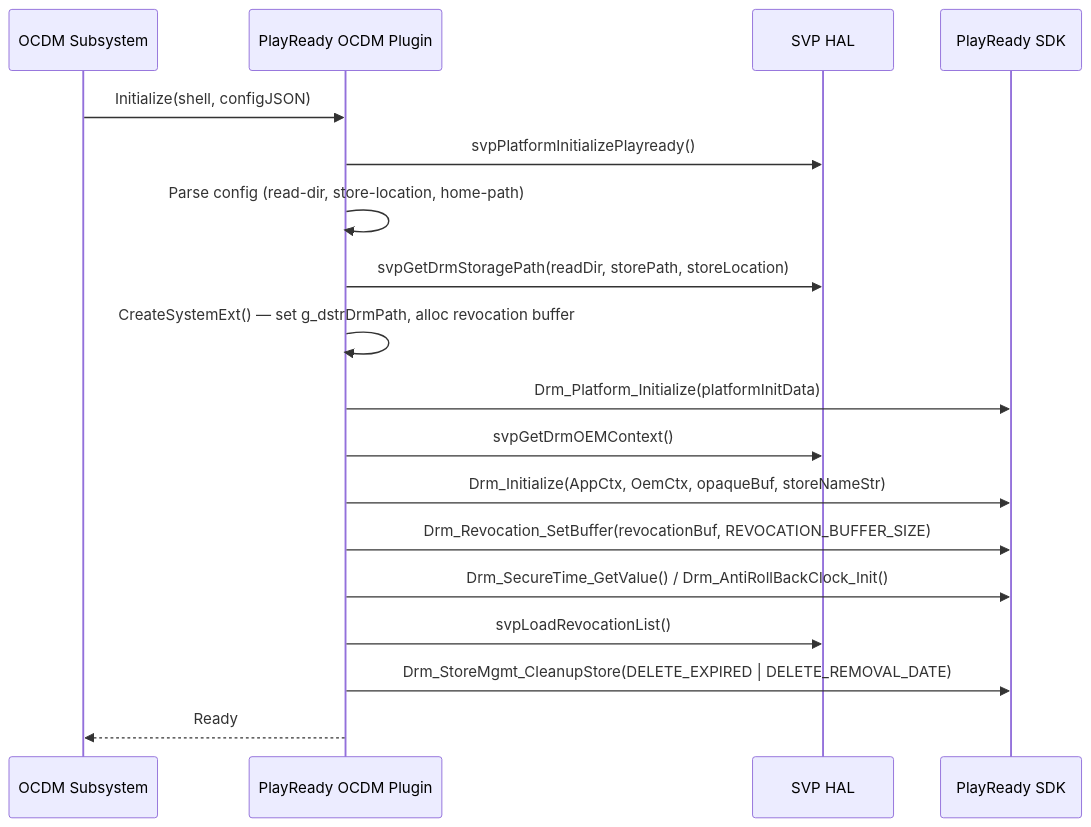
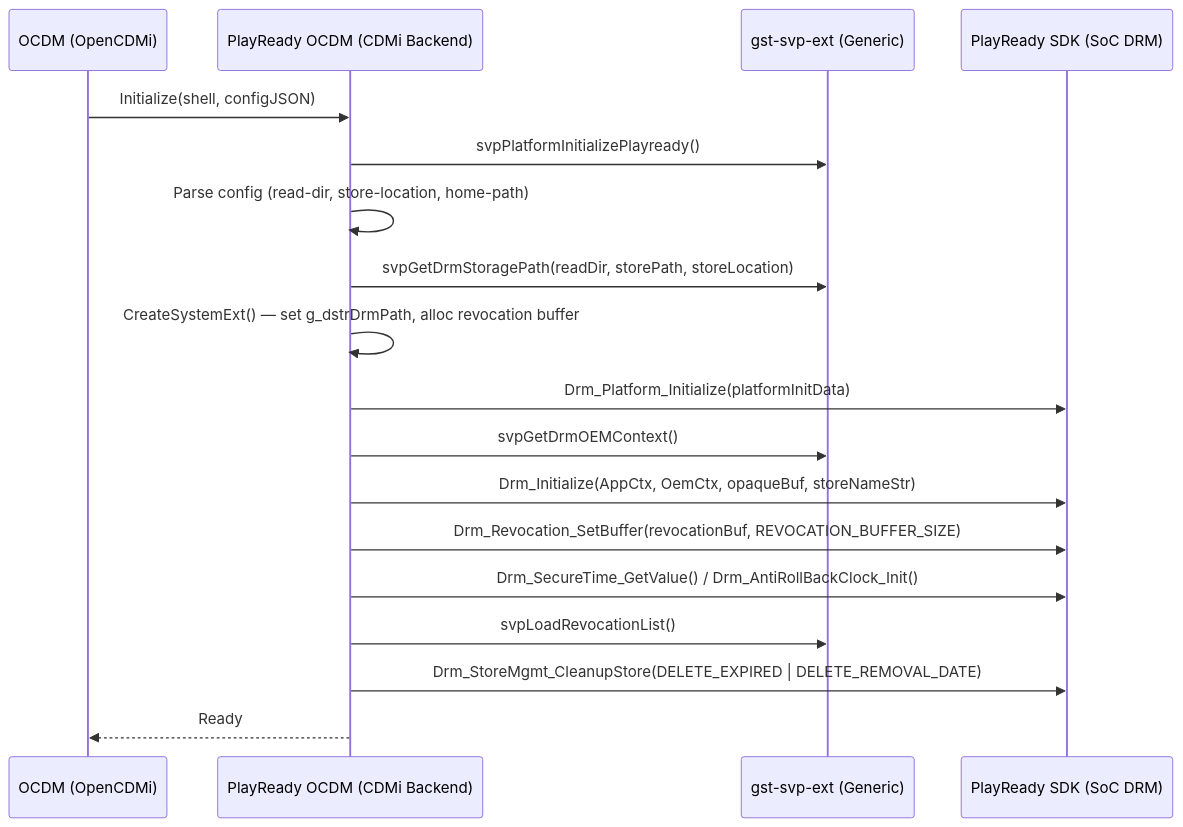
Before and after one commit to rns21/RDK_Documentation: the fourth of 8 diagrams in docs/docu/RDKV-Documentations/playready-ocdm.md, drawn with Mermaid. The commit also changed other lines of this file, not shown here.

First line of the commit message:
Revise PlayReady OCDM documentation

````diff
--- a/docs/docu/RDKV-Documentations/playready-ocdm.md
+++ b/docs/docu/RDKV-Documentations/playready-ocdm.md
@@ -202,21 +208,21 @@
 ```mermaid
 sequenceDiagram
-    participant OCDM as OCDM Subsystem
-    participant PR as PlayReady OCDM Plugin
-    participant SVP as SVP HAL
-    participant PRSDK as PlayReady SDK
+    participant OCDM as OCDM (OpenCDMi)
+    participant PR as PlayReady OCDM (CDMi Backend)
+    participant SVP as gst-svp-ext (Generic)
+    participant PRSDK as PlayReady SDK (SoC DRM)
 
     OCDM->>PR: Initialize(shell, configJSON)
     PR->>SVP: svpPlatformInitializePlayready()
     PR->>PR: Parse config (read-dir, store-location, home-path)
     PR->>SVP: svpGetDrmStoragePath(readDir, storePath, storeLocation)
     PR->>PR: CreateSystemExt() — set g_dstrDrmPath, alloc revocation buffer
     PR->>PRSDK: Drm_Platform_Initialize(platformInitData)
     PR->>SVP: svpGetDrmOEMContext()
     PR->>PRSDK: Drm_Initialize(AppCtx, OemCtx, opaqueBuf, storeNameStr)
     PR->>PRSDK: Drm_Revocation_SetBuffer(revocationBuf, REVOCATION_BUFFER_SIZE)
     PR->>PRSDK: Drm_SecureTime_GetValue() / Drm_AntiRollBackClock_Init()
     PR->>SVP: svpLoadRevocationList()
     PR->>PRSDK: Drm_StoreMgmt_CleanupStore(DELETE_EXPIRED | DELETE_REMOVAL_DATE)
     PR-->>OCDM: Ready
 ```
````
